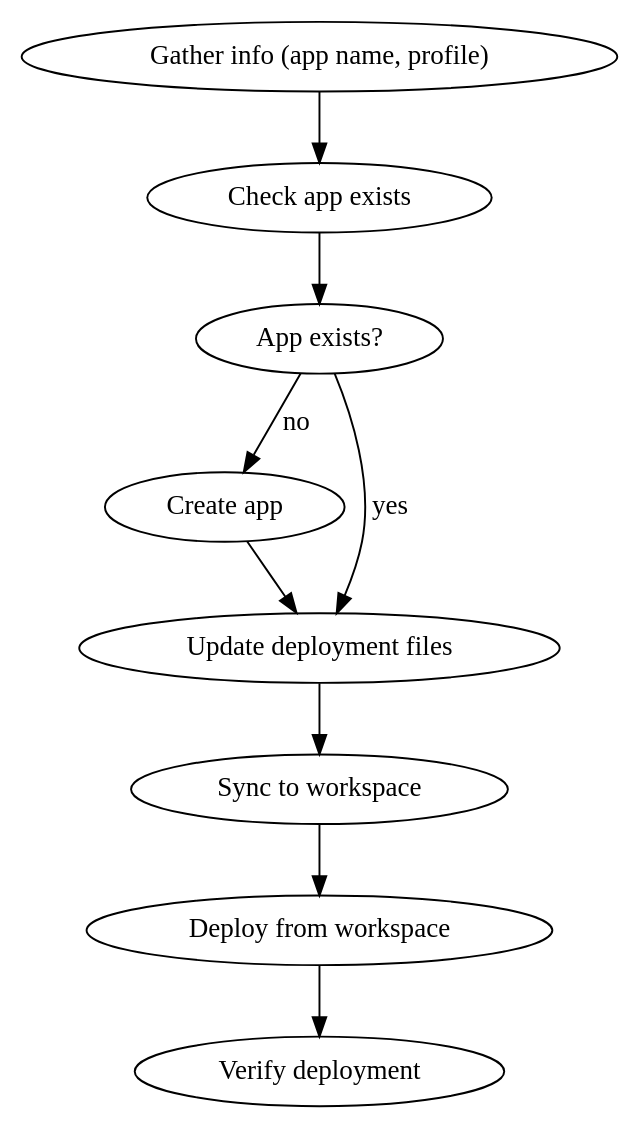
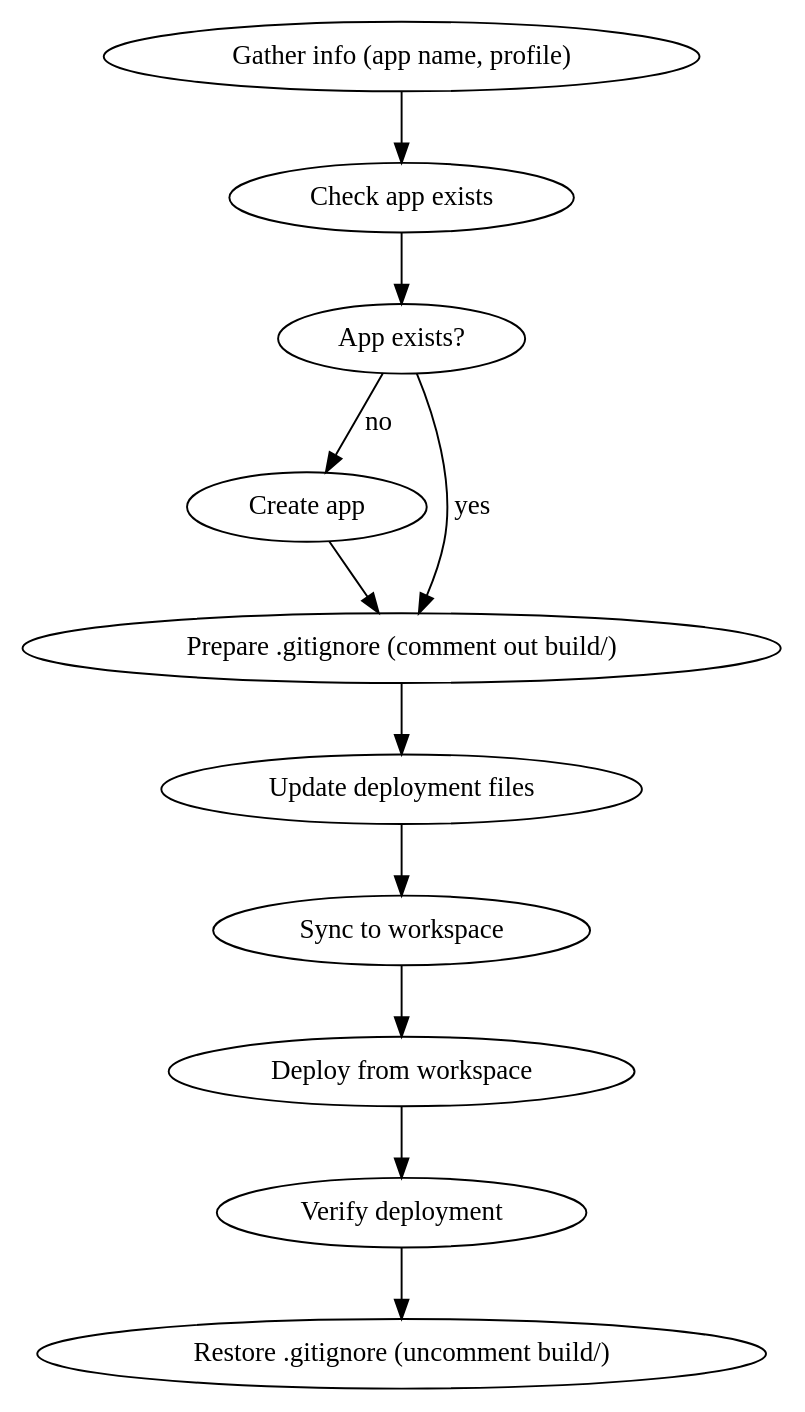
Before and after one commit to datasciencemonkey/brickchat: the diagram in .claude/skills/deploying-to-databricks/SKILL.md, drawn with Graphviz. The commit also changed other lines of this file and 19 other files, not shown here.

````diff
--- a/.claude/skills/deploying-to-databricks/SKILL.md
+++ b/.claude/skills/deploying-to-databricks/SKILL.md
@@ -50,13 +50,15 @@
 ```dot
 digraph deployment {
     rankdir=TB;
     "Gather info (app name, profile)" -> "Check app exists";
     "Check app exists" -> "App exists?" [shape=diamond];
     "App exists?" -> "Create app" [label="no"];
-    "App exists?" -> "Update deployment files" [label="yes"];
-    "Create app" -> "Update deployment files";
+    "App exists?" -> "Prepare .gitignore (comment out build/)" [label="yes"];
+    "Create app" -> "Prepare .gitignore (comment out build/)";
+    "Prepare .gitignore (comment out build/)" -> "Update deployment files";
     "Update deployment files" -> "Sync to workspace";
     "Sync to workspace" -> "Deploy from workspace";
     "Deploy from workspace" -> "Verify deployment";
+    "Verify deployment" -> "Restore .gitignore (uncomment build/)";
 }
 ```
````
